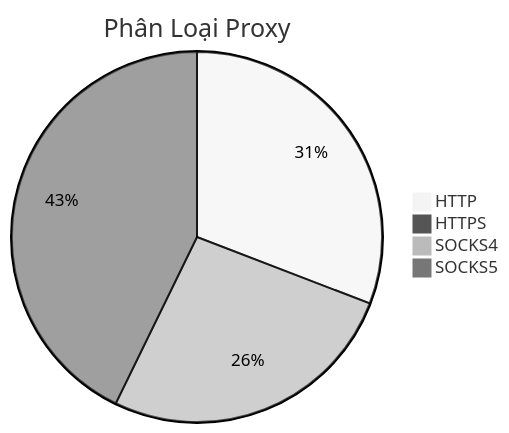
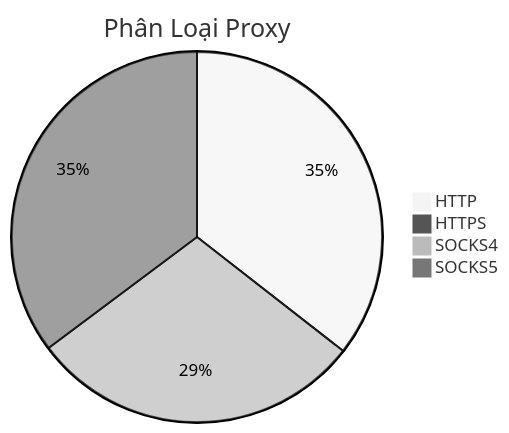
The diagram in README.md (Ciara-12/PROXY-free), drawn with Mermaid (neutral theme) before and after one commit. The commit also changed other lines of this file and 3 other files, not shown here.

````diff
--- a/README.md
+++ b/README.md
@@ -26,7 +26,7 @@
 ```mermaid
 pie title Phân Loại Proxy
-    "HTTP" : 318
+    "HTTP" : 333
     "HTTPS" : 2
-    "SOCKS4" : 272
-    "SOCKS5" : 441
+    "SOCKS4" : 274
+    "SOCKS5" : 330
 ```
````
